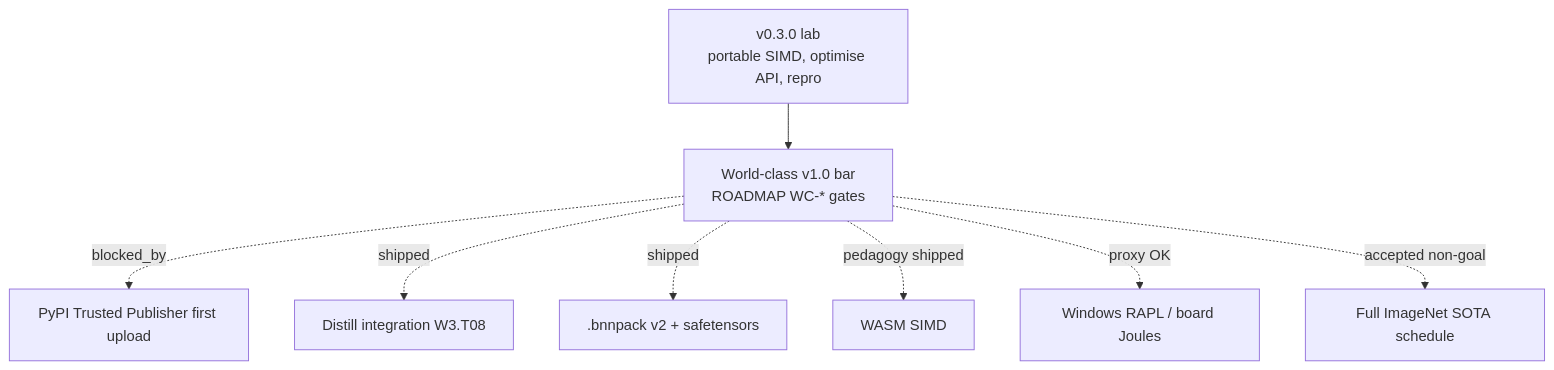
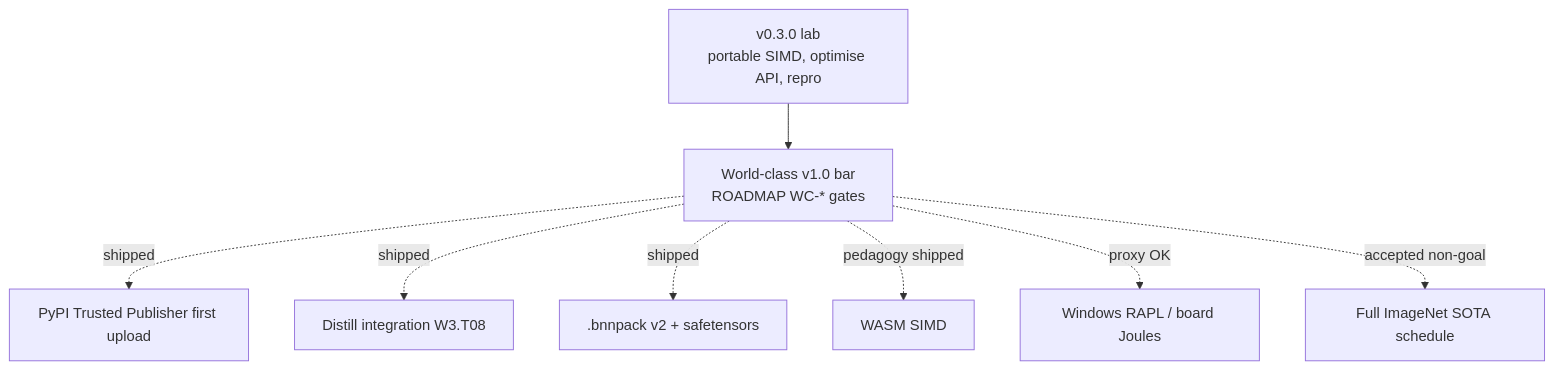
One commit to KanakMalpani/Binary-Neural-Networks changed the ninth of 9 diagrams in knowledge_graph/VIEW.md. Above: the diagram before and after it, drawn with Mermaid. The commit also changed other lines of this file and 20 other files, not shown here.

Commit message:
docs(pypi): mark W8.T08 complete after bnn-lab 1.0.0 Trusted Publisher upload. (#33)

````diff
--- a/knowledge_graph/VIEW.md
+++ b/knowledge_graph/VIEW.md
@@ -192,12 +192,12 @@
 ```mermaid
 flowchart TB
   V03[v0.3.0 lab<br/>portable SIMD, optimise API, repro]
   V10[World-class v1.0 bar<br/>ROADMAP WC-* gates]
   V03 --> V10
-  V10 -.->|blocked_by| G1[PyPI Trusted Publisher first upload]
+  V10 -.->|shipped| G1[PyPI Trusted Publisher first upload]
   V10 -.->|shipped| G2[Distill integration W3.T08]
   V10 -.->|shipped| G3[.bnnpack v2 + safetensors]
   V10 -.->|pedagogy shipped| G4[WASM SIMD]
   V10 -.->|proxy OK| G5[Windows RAPL / board Joules]
   V10 -.->|accepted non-goal| G6[Full ImageNet SOTA schedule]
 ```
````
